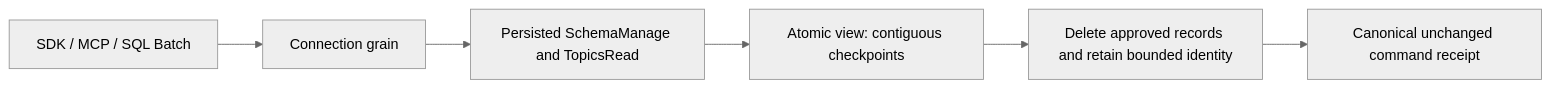
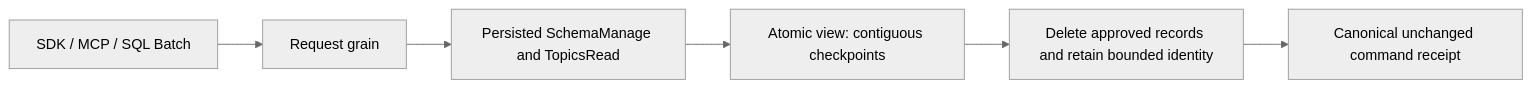
Before and after one commit to managedcode/KeyLoad: the third of 4 diagrams in docs/Features/Messaging.md, drawn with Mermaid (neutral theme). The commit also changed other lines of this file and 27 other files, not shown here.

````diff
--- a/docs/Features/Messaging.md
+++ b/docs/Features/Messaging.md
@@ -124,8 +124,8 @@
 ```mermaid
 flowchart LR
-  Caller[SDK / MCP / SQL Batch] --> Request[Connection grain]
+  Caller[SDK / MCP / SQL Batch] --> Request[Request grain]
   Request --> Auth[Persisted SchemaManage and TopicsRead]
   Auth --> Pins[Atomic view: contiguous checkpoints]
   Pins --> Commit[Delete approved records and retain bounded identity]
   Commit --> Receipt[Canonical unchanged command receipt]
 ```
````
